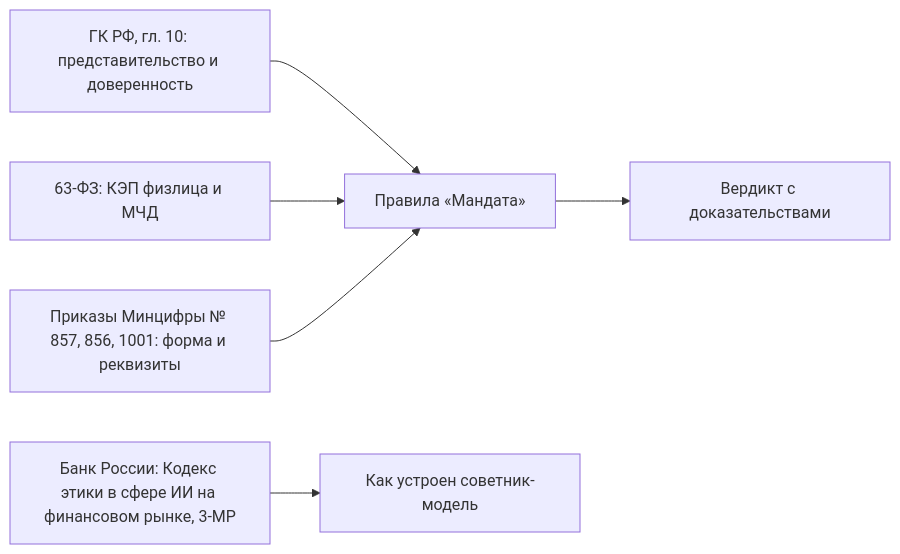
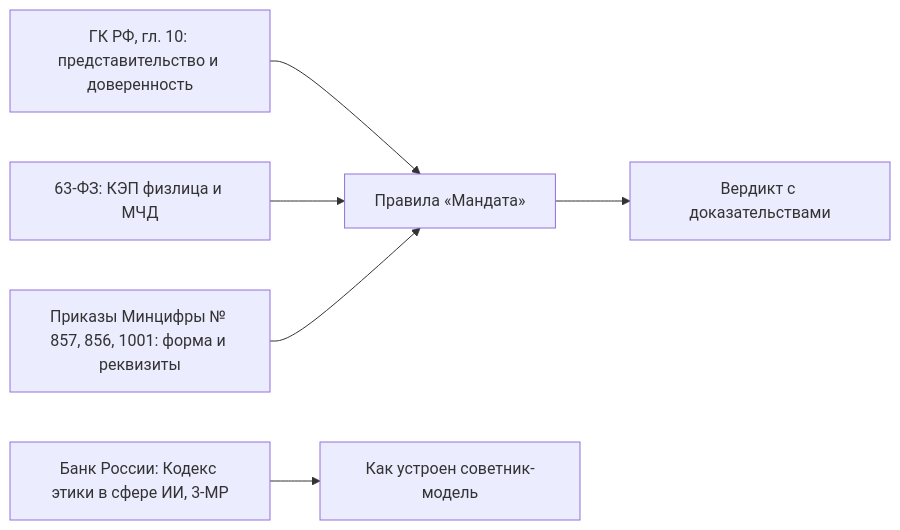
One commit to KonkovDV/Mandat changed the diagram in docs/REGULATORY.md. Above: the diagram before and after it, drawn with Mermaid. The commit also changed other lines of this file and 27 other files, not shown here.

````diff
--- a/docs/REGULATORY.md
+++ b/docs/REGULATORY.md
@@ -17,8 +7,8 @@
 ```mermaid
 flowchart LR
     GK["ГК РФ, гл. 10: представительство и доверенность"] --> P["Правила «Мандата»"]
     ES["63-ФЗ: КЭП физлица и МЧД"] --> P
     MC["Приказы Минцифры № 857, 856, 1001: форма и реквизиты"] --> P
-    BR["Банк России: Кодекс этики в сфере ИИ на финансовом рынке, 3-МР"] --> AI["Как устроен советник-модель"]
+    BR["Банк России: Кодекс этики в сфере ИИ, 3-МР"] --> AI["Как устроен советник-модель"]
     P --> V["Вердикт с доказательствами"]
 ```
````
